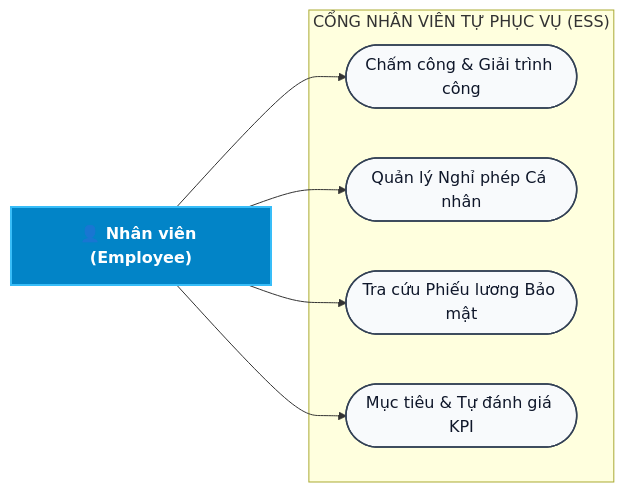
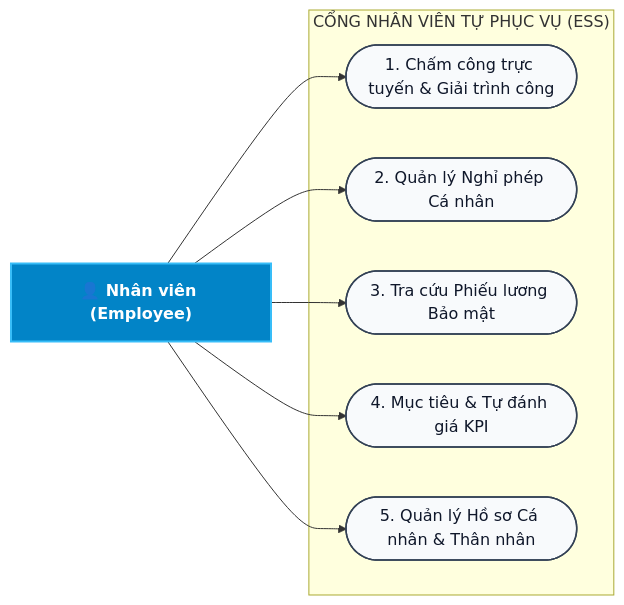
Before and after one commit to aye2710/HRM-DATN: diagram 39 of 46 in docs/Các biểu đồ/So_Do_Use_Case_Tong_Quat_HRM.md, drawn with Mermaid. The commit also changed other lines of this file and 27 other files, not shown here.

Commit message:
docs & feat: hoan thien 144 bieu do Use Case, Sequence, Activity, cap nhat ERD va nghiep vu he thong HRM

````diff
--- a/docs/Các biểu đồ/So_Do_Use_Case_Tong_Quat_HRM.md
+++ b/docs/Các biểu đồ/So_Do_Use_Case_Tong_Quat_HRM.md
@@ -1720,21 +1991,23 @@
 ```mermaid
 flowchart LR
     EMP["👤 Nhân viên (Employee)"]
 
     subgraph MOD_ESS ["CỔNG NHÂN VIÊN TỰ PHỤC VỤ (ESS)"]
-        UC_SUB_ATT(["Chấm công & Giải trình công"])
-        UC_SUB_LEA(["Quản lý Nghỉ phép Cá nhân"])
-        UC_SUB_PAY(["Tra cứu Phiếu lương Bảo mật"])
-        UC_SUB_KPI(["Mục tiêu & Tự đánh giá KPI"])
+        UC_SUB_ATT(["1. Chấm công trực tuyến & Giải trình công"])
+        UC_SUB_LEA(["2. Quản lý Nghỉ phép Cá nhân"])
+        UC_SUB_PAY(["3. Tra cứu Phiếu lương Bảo mật"])
+        UC_SUB_KPI(["4. Mục tiêu & Tự đánh giá KPI"])
+        UC_SUB_PRF(["5. Quản lý Hồ sơ Cá nhân & Thân nhân"])
     end
 
     EMP --> UC_SUB_ATT
     EMP --> UC_SUB_LEA
     EMP --> UC_SUB_PAY
     EMP --> UC_SUB_KPI
+    EMP --> UC_SUB_PRF
 
     classDef actor fill:#0284c7,stroke:#38bdf8,stroke-width:2px,color:#ffffff,font-weight:bold;
     classDef uc fill:#f8fafc,stroke:#334155,stroke-width:1.5px,color:#0f172a;
     class EMP actor;
-    class UC_SUB_ATT,UC_SUB_LEA,UC_SUB_PAY,UC_SUB_KPI uc;
+    class UC_SUB_ATT,UC_SUB_LEA,UC_SUB_PAY,UC_SUB_KPI,UC_SUB_PRF uc;
 ```
````
